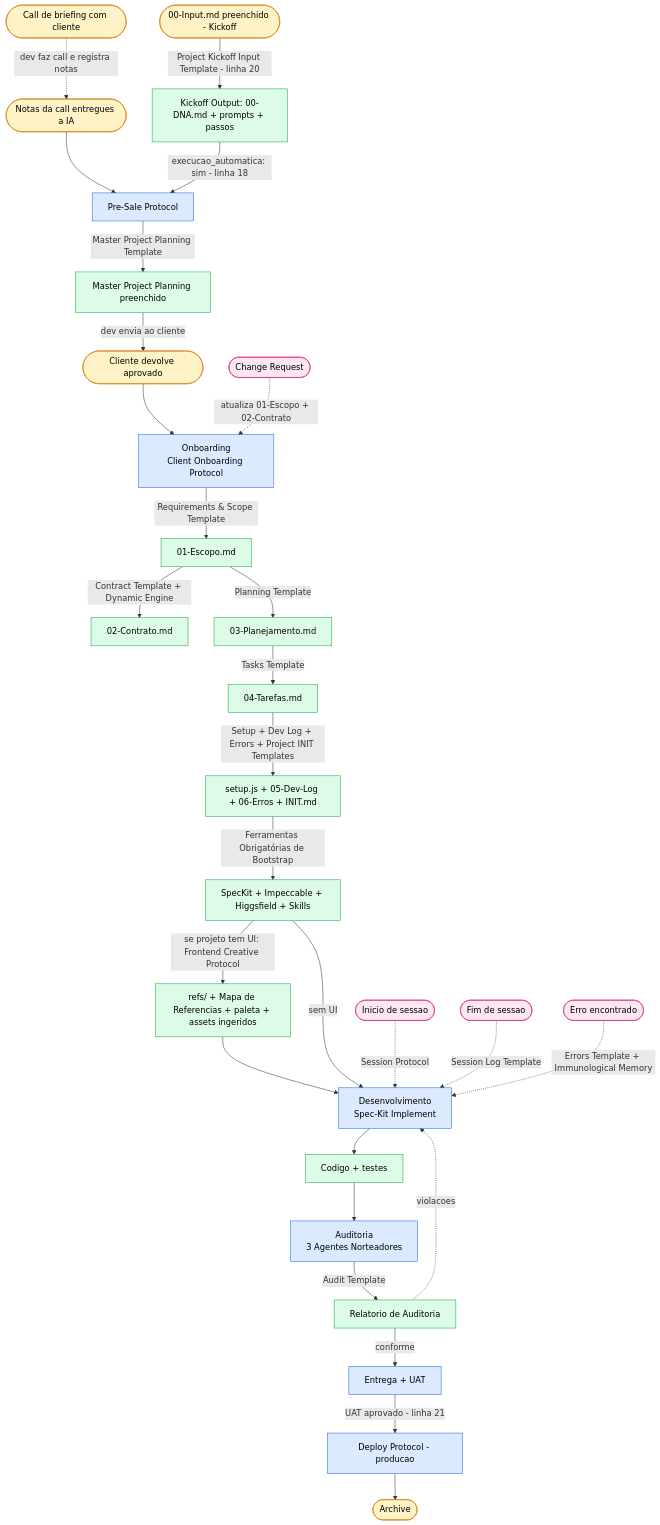
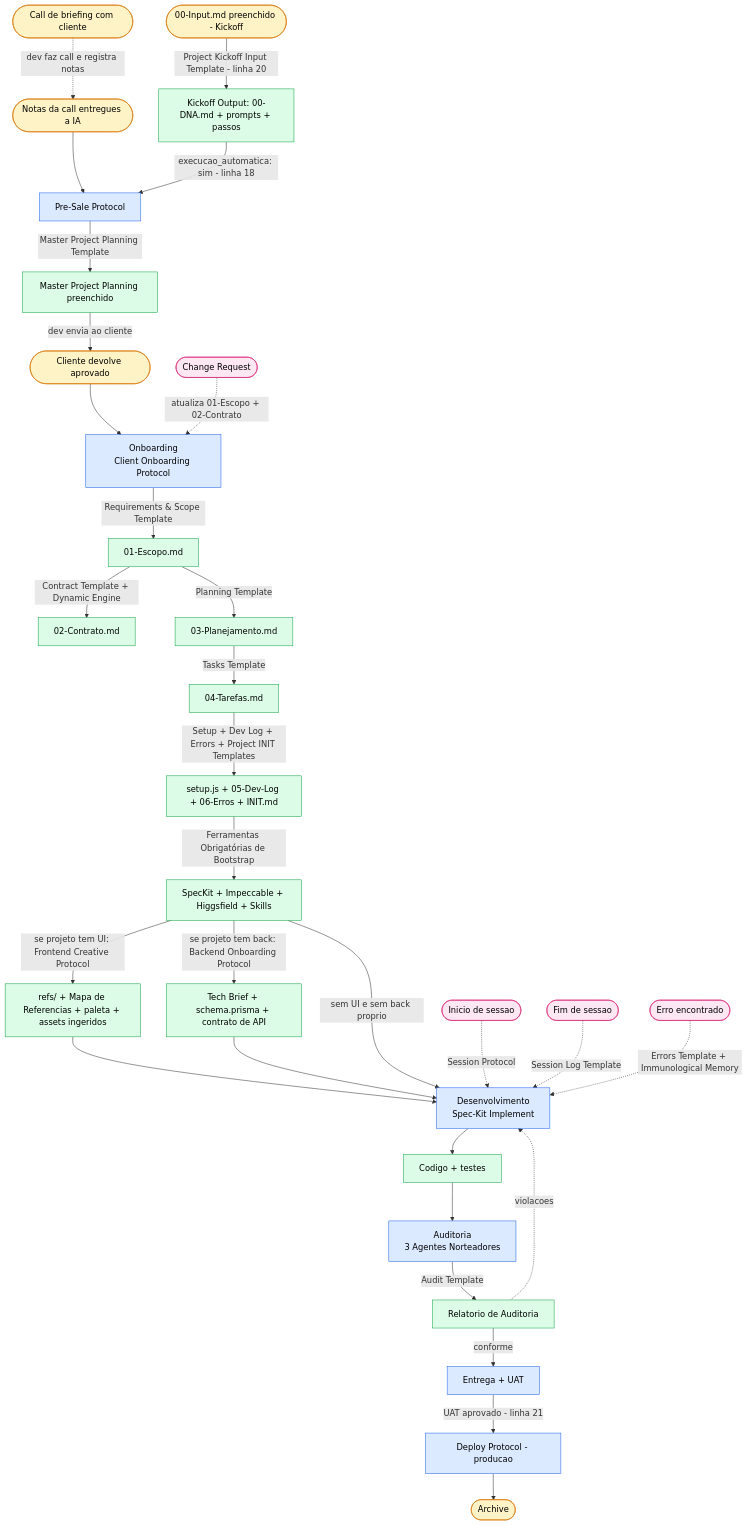
Before and after one commit to JoseLuizMendes/Dev: the diagram in Dev/0 - Planner Project/Master Pipeline & Enforcement.md, drawn with Mermaid. The commit also changed other lines of this file and 8 other files, not shown here.

````diff
--- a/Dev/0 - Planner Project/Master Pipeline & Enforcement.md
+++ b/Dev/0 - Planner Project/Master Pipeline & Enforcement.md
@@ -25,64 +25,67 @@
 ```mermaid
 flowchart TD
     classDef trigger fill:#fef3c7,stroke:#d97706,color:#000
     classDef phase fill:#dbeafe,stroke:#2563eb,color:#000
     classDef artifact fill:#dcfce7,stroke:#16a34a,color:#000
     classDef session fill:#fce7f3,stroke:#db2777,color:#000
 
     T0([Call de briefing com cliente]):::trigger
     T1([Notas da call entregues a IA]):::trigger
     Kick([00-Input.md preenchido - Kickoff]):::trigger
     DNA[Kickoff Output: 00-DNA.md + prompts + passos]:::artifact
     F0[Pre-Sale Protocol]:::phase
     DocBrief[Master Project Planning preenchido]:::artifact
     Cli([Cliente devolve aprovado]):::trigger
     F1[Onboarding<br/>Client Onboarding Protocol]:::phase
     O1[01-Escopo.md]:::artifact
     O2[02-Contrato.md]:::artifact
     O3[03-Planejamento.md]:::artifact
     O4[04-Tarefas.md]:::artifact
     O5[setup.js + 05-Dev-Log + 06-Erros + INIT.md]:::artifact
     F2[Desenvolvimento<br/>Spec-Kit Implement]:::phase
     Cod[Codigo + testes]:::artifact
     F3[Auditoria<br/>3 Agentes Norteadores]:::phase
     Rel[Relatorio de Auditoria]:::artifact
     F4[Entrega + UAT]:::phase
     Arc([Archive]):::trigger
 
     Boot([Inicio de sessao]):::session
     Shut([Fim de sessao]):::session
     Err([Erro encontrado]):::session
     CR([Change Request]):::session
 
     T0 -.->|dev faz call e registra notas| T1
     T1 --> F0
     Kick -->|Project Kickoff Input Template - linha 20| DNA
     DNA -->|execucao_automatica: sim - linha 18| F0
     F0 -->|Master Project Planning Template| DocBrief
     DocBrief -->|dev envia ao cliente| Cli
     Cli --> F1
     F1 -->|Requirements & Scope Template| O1
     O1 -->|Contract Template + Dynamic Engine| O2
     O1 -->|Planning Template| O3
     O3 -->|Tasks Template| O4
     O4 -->|Setup + Dev Log + Errors + Project INIT Templates| O5
     Tooling[SpecKit + Impeccable + Higgsfield + Skills]:::artifact
     O5 -->|Ferramentas Obrigatórias de Bootstrap| Tooling
     Refs[refs/ + Mapa de Referencias + paleta + assets ingeridos]:::artifact
+    Back[Tech Brief + schema.prisma + contrato de API]:::artifact
     Tooling -->|se projeto tem UI: Frontend Creative Protocol| Refs
+    Tooling -->|se projeto tem back: Backend Onboarding Protocol| Back
     Refs --> F2
-    Tooling -->|sem UI| F2
+    Back --> F2
+    Tooling -->|sem UI e sem back proprio| F2
     F2 --> Cod
     Cod --> F3
     F3 -->|Audit Template| Rel
     Rel -.->|violacoes| F2
     Rel -->|conforme| F4
     Dep[Deploy Protocol - producao]:::phase
     F4 -->|UAT aprovado - linha 21| Dep
     Dep --> Arc
 
     Boot -.->|Session Protocol| F2
     Shut -.->|Session Log Template| F2
     Err -.->|Errors Template + Immunological Memory| F2
     CR -.->|atualiza 01-Escopo + 02-Contrato| F1
 ```
````
